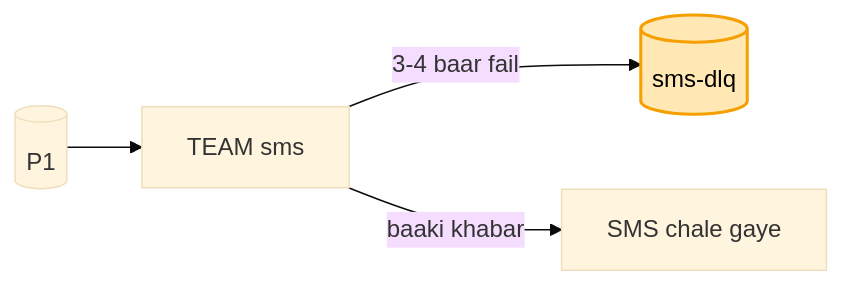
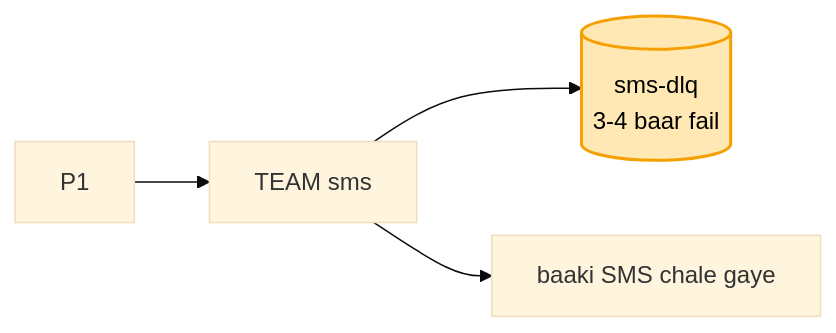
The eighth of 8 diagrams in 04_HLD/SYSTEM_DESIGNS/12_message_queue_kafka/KAFKA_HAND_NOTES.md (ArpanMaheshwari144/Prep), drawn with Mermaid (base theme) before and after one commit. The commit also changed other lines of this file and 1 other file, not shown here.

Commit message:
HLD kafka: notes dobara (chhoti kahani lines) + 3 cross-Q dono file me (lag 7 din, min.insync pe order, SMS company band = breaker) + diagram saaf

````diff
--- a/04_HLD/SYSTEM_DESIGNS/12_message_queue_kafka/KAFKA_HAND_NOTES.md
+++ b/04_HLD/SYSTEM_DESIGNS/12_message_queue_kafka/KAFKA_HAND_NOTES.md
@@ -195,7 +181,7 @@
 ```mermaid
 flowchart LR
-    P1[("P1")] --> S["TEAM sms"]
-    S -- "3-4 baar fail" --> Q[("sms-dlq")]
-    S -- "baaki khabar" --> OK["SMS chale gaye"]
+    P1["P1"] --> S["TEAM sms"]
+    S --> Q[("sms-dlq<br/>3-4 baar fail")]
+    S --> OK["baaki SMS chale gaye"]
     style Q fill:#ffe8b3,stroke:#f59f00,stroke-width:2px,color:#000
 ```
````
